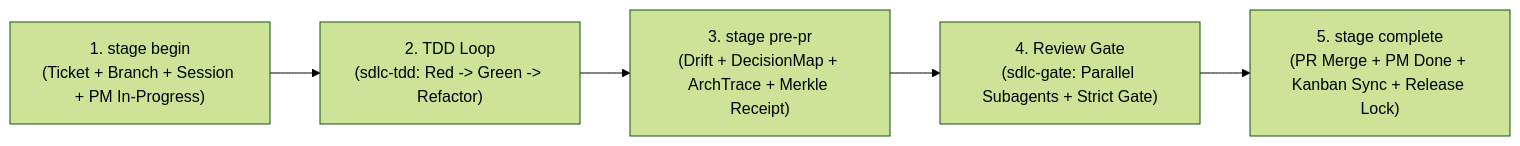
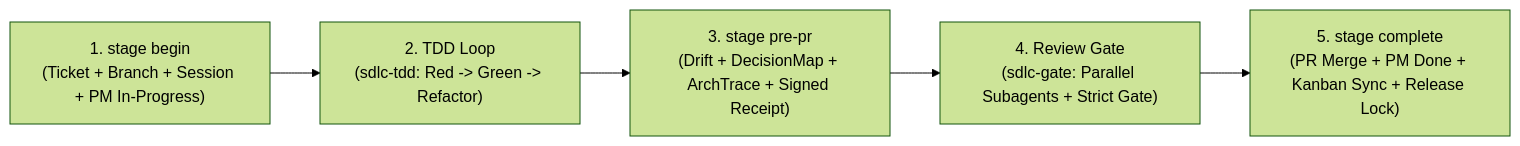
Before and after one commit to fmatar/sealit: the diagram in .agent/skills/sdlc-flow/SKILL.md, drawn with Mermaid (forest theme). The commit also changed other lines of this file and 34 other files, not shown here.

````diff
--- a/.agent/skills/sdlc-flow/SKILL.md
+++ b/.agent/skills/sdlc-flow/SKILL.md
@@ -20,7 +20,7 @@
 ```mermaid
 flowchart LR
     B["1. stage begin\n(Ticket + Branch + Session + PM In-Progress)"] --> T["2. TDD Loop\n(sdlc-tdd: Red -> Green -> Refactor)"]
-    T --> P["3. stage pre-pr\n(Drift + DecisionMap + ArchTrace + Merkle Receipt)"]
+    T --> P["3. stage pre-pr\n(Drift + DecisionMap + ArchTrace + Signed Receipt)"]
     P --> R["4. Review Gate\n(sdlc-gate: Parallel Subagents + Strict Gate)"]
     R --> C["5. stage complete\n(PR Merge + PM Done + Kanban Sync + Release Lock)"]
 ```
````
